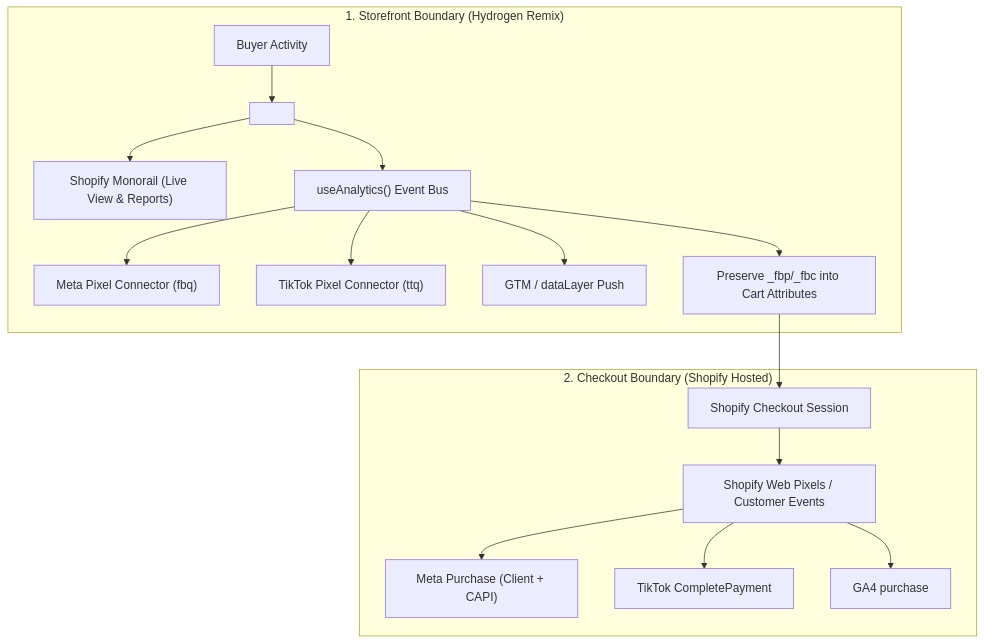
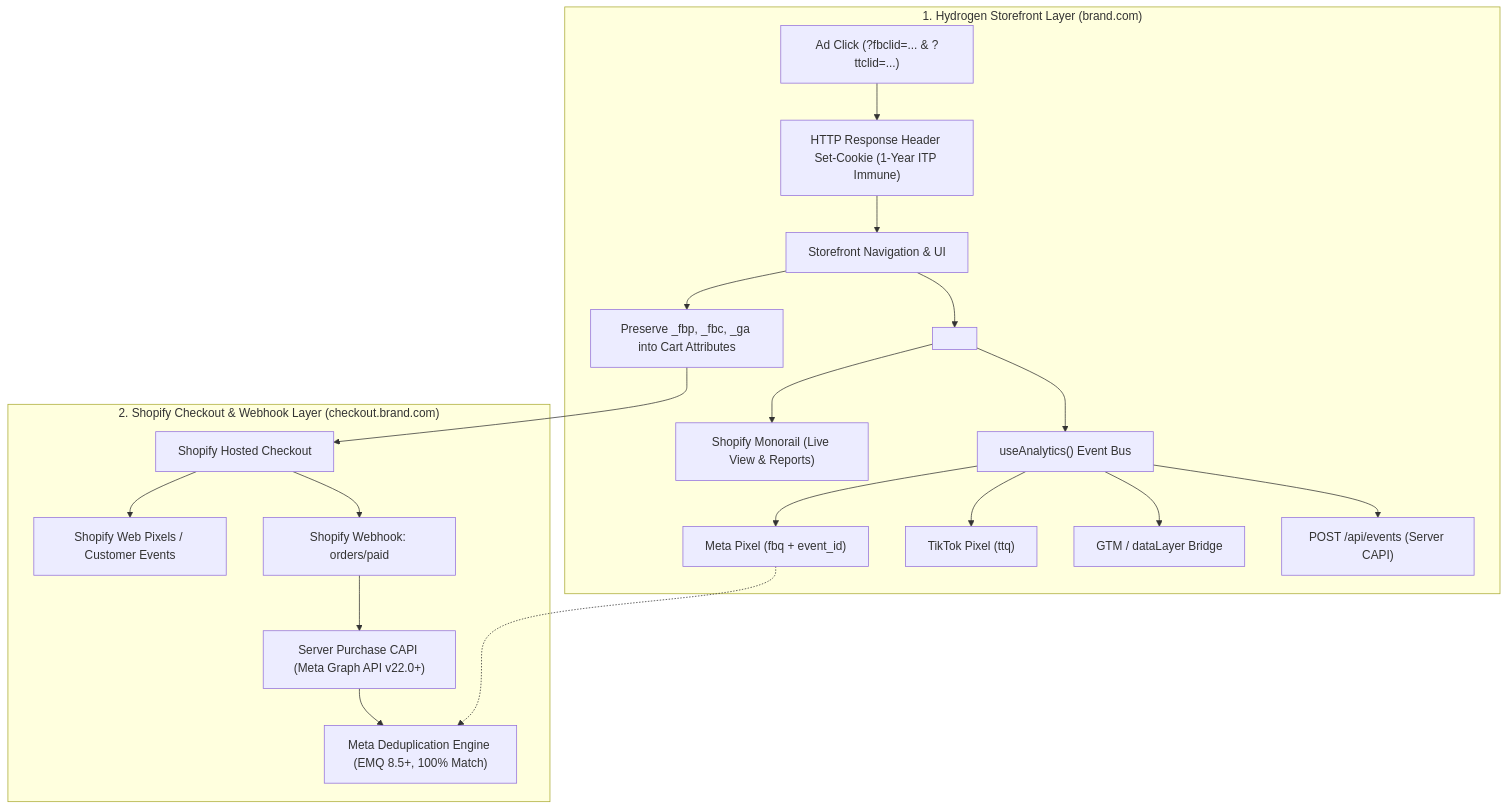
Before and after one commit to ongkipro/dotfiles: the diagram in skills/local/hydrogen-headless-tracking/SKILL.md, drawn with Mermaid. The commit also changed other lines of this file and 5 other files, not shown here.

Commit message:
feat: add hydrogen-headless-tracking skill with CAPI and WeTracked parity

````diff
--- a/skills/local/hydrogen-headless-tracking/SKILL.md
+++ b/skills/local/hydrogen-headless-tracking/SKILL.md
@@ -30,20 +31,27 @@
 ```mermaid
 flowchart TD
-    subgraph Hydrogen Storefront ["1. Storefront Boundary (Hydrogen Remix)"]
-        User["Buyer Activity"] --> AnalyticsProvider["<Analytics.Provider>"]
+    subgraph StorefrontLayer ["1. Hydrogen Storefront Layer (brand.com)"]
+        AdClick["Ad Click (?fbclid=... & ?ttclid=...)"] --> HTTPCookie["HTTP Response Header Set-Cookie (1-Year ITP Immune)"]
+        HTTPCookie --> BrowserStorefront["Storefront Navigation & UI"]
+        BrowserStorefront --> AnalyticsProvider["<Analytics.Provider>"]
         AnalyticsProvider --> Monorail["Shopify Monorail (Live View & Reports)"]
-        AnalyticsProvider --> SubHook["useAnalytics() Event Bus"]
-        SubHook --> MetaConn["Meta Pixel Connector (fbq)"]
-        SubHook --> TikTokConn["TikTok Pixel Connector (ttq)"]
-        SubHook --> GTMConn["GTM / dataLayer Push"]
-        SubHook --> CartAttr["Preserve _fbp/_fbc into Cart Attributes"]
+        AnalyticsProvider --> UseAnalytics["useAnalytics() Event Bus"]
+        
+        UseAnalytics --> MetaClient["Meta Pixel (fbq + event_id)"]
+        UseAnalytics --> TikTokClient["TikTok Pixel (ttq)"]
+        UseAnalytics --> GTMClient["GTM / dataLayer Bridge"]
+        UseAnalytics --> StorefrontCAPI["POST /api/events (Server CAPI)"]
+        
+        BrowserStorefront --> CartAttribution["Preserve _fbp, _fbc, _ga into Cart Attributes"]
     end
 
-    subgraph ShopifyCheckout ["2. Checkout Boundary (Shopify Hosted)"]
-        CartAttr --> CheckoutSession["Shopify Checkout Session"]
-        CheckoutSession --> WebPixels["Shopify Web Pixels / Customer Events"]
-        WebPixels --> MetaPurchase["Meta Purchase (Client + CAPI)"]
-        WebPixels --> TikTokPurchase["TikTok CompletePayment"]
-        WebPixels --> GAPurchase["GA4 purchase"]
+    subgraph CheckoutLayer ["2. Shopify Checkout & Webhook Layer (checkout.brand.com)"]
+        CartAttribution --> CheckoutHandoff["Shopify Hosted Checkout"]
+        CheckoutHandoff --> CustomerEvents["Shopify Web Pixels / Customer Events"]
+        CheckoutHandoff --> OrderPaid["Shopify Webhook: orders/paid"]
+        
+        OrderPaid --> PurchaseCAPI["Server Purchase CAPI (Meta Graph API v22.0+)"]
+        PurchaseCAPI --> MetaDedup["Meta Deduplication Engine (EMQ 8.5+, 100% Match)"]
+        MetaClient -.-> MetaDedup
     end
 ```
````
